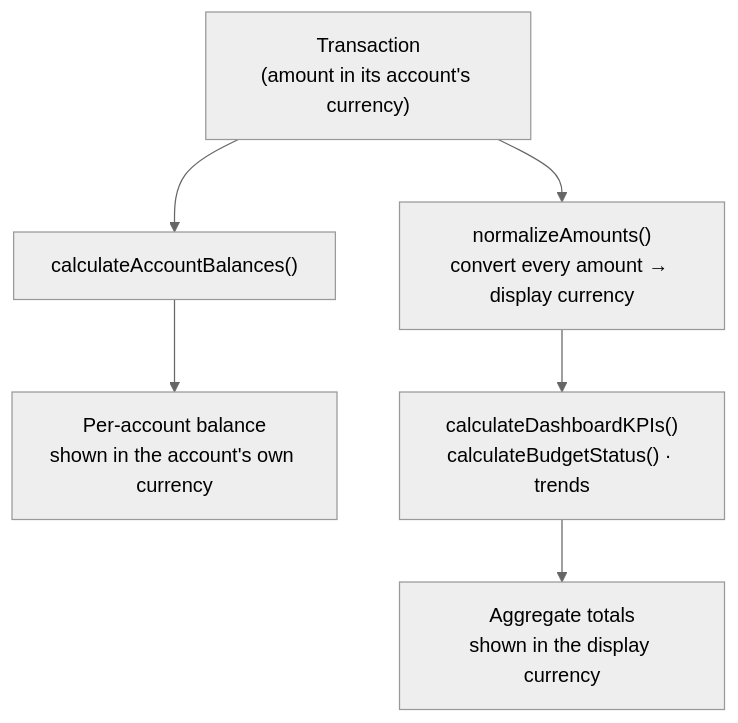
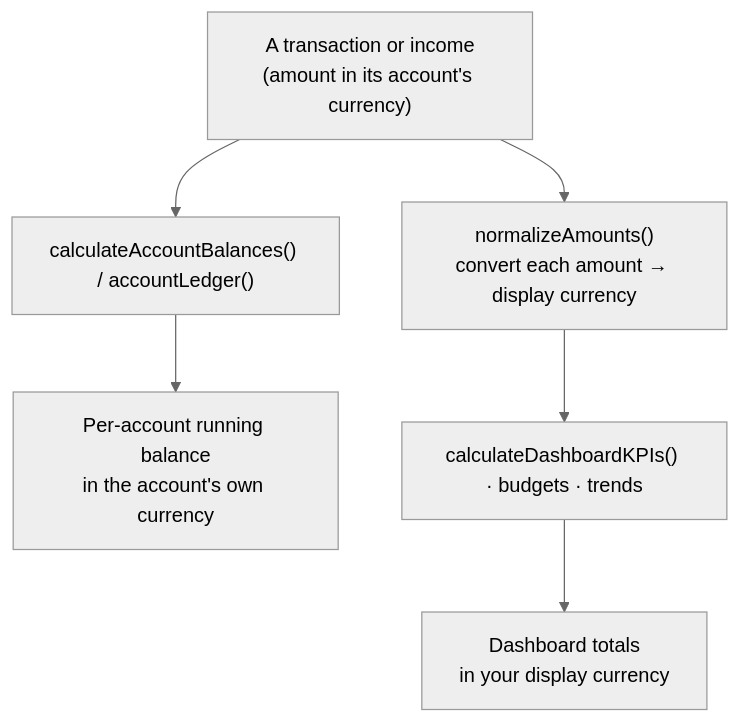
The second of 2 diagrams in README.md (nitsmee/New-Money-control-system), drawn with Mermaid (neutral theme) before and after one commit. The commit also changed other lines of this file, not shown here.

````diff
--- a/README.md
+++ b/README.md
@@ -184,9 +166,8 @@
 ```mermaid
 flowchart TD
-    T["Transaction<br/>(amount in its account's currency)"] --> RAW["calculateAccountBalances()"]
-    RAW --> NATIVE["Per-account balance<br/>shown in the account's own currency"]
-
-    T --> NORM["normalizeAmounts()<br/>convert every amount → display currency"]
-    NORM --> KPI["calculateDashboardKPIs()<br/>calculateBudgetStatus() · trends"]
-    KPI --> TOTALS["Aggregate totals<br/>shown in the display currency"]
+    T["A transaction or income<br/>(amount in its account's currency)"] --> RAW["calculateAccountBalances() / accountLedger()"]
+    RAW --> NATIVE["Per‑account running balance<br/>in the account's own currency"]
+    T --> NORM["normalizeAmounts()<br/>convert each amount → display currency"]
+    NORM --> KPI["calculateDashboardKPIs() · budgets · trends"]
+    KPI --> TOTALS["Dashboard totals<br/>in your display currency"]
 ```
````
